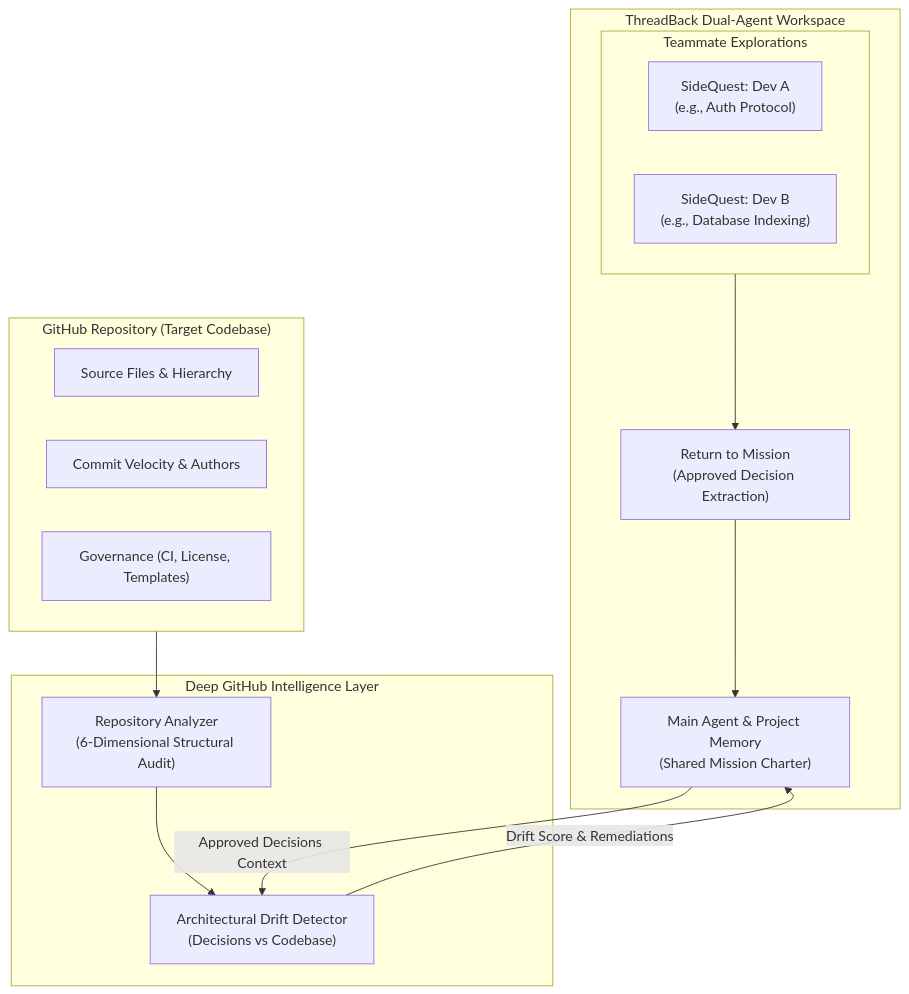
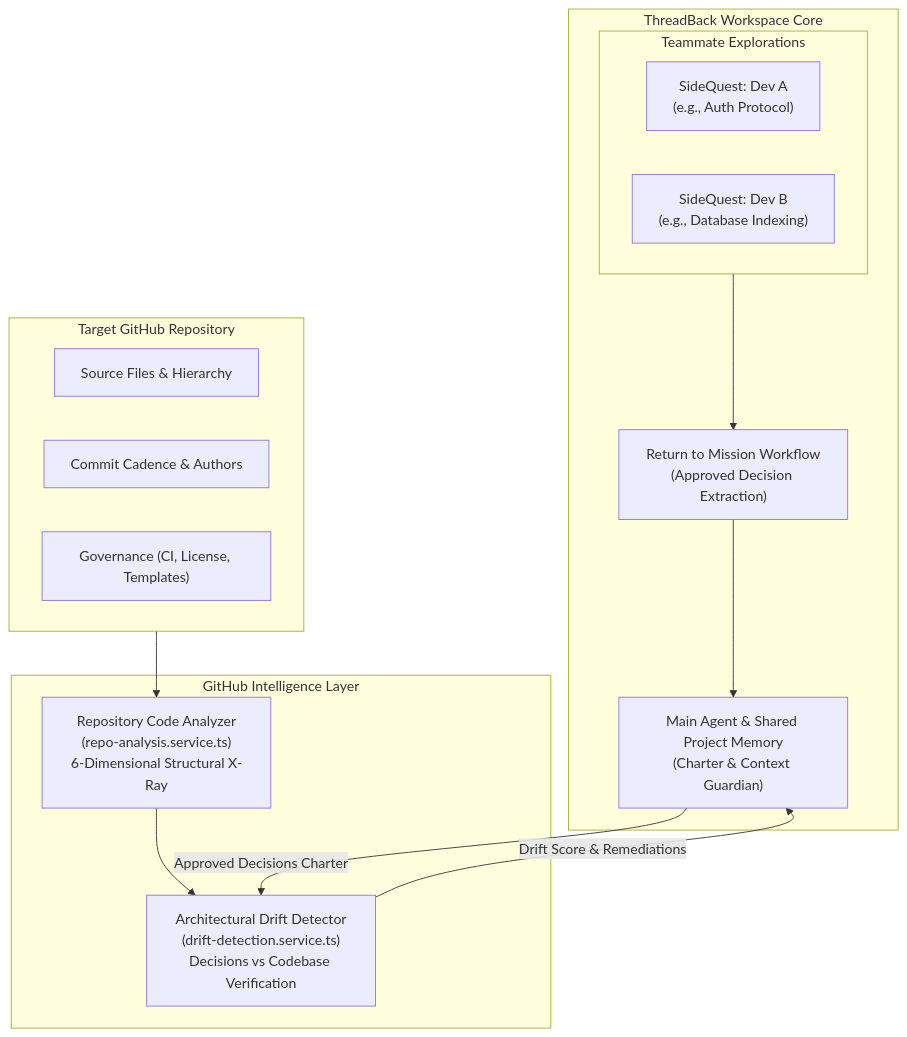
One commit to rajpurohit9535-create/ThreadBack changed the first of 2 diagrams in README.md. Above: the diagram before and after it, drawn with Mermaid. The commit also changed other lines of this file, not shown here.

Commit message:
docs: detail Repository Code Analyzer pipeline and 6-dimensional inspection in README

````diff
--- a/README.md
+++ b/README.md
@@ -29,29 +29,29 @@
 ```mermaid
 flowchart TD
-    subgraph GitHubRepo ["GitHub Repository (Target Codebase)"]
+    subgraph GitHubRepo ["Target GitHub Repository"]
         RepoCode["Source Files & Hierarchy"]
-        RepoCommits["Commit Velocity & Authors"]
+        RepoCommits["Commit Cadence & Authors"]
         RepoGov["Governance (CI, License, Templates)"]
     end
 
-    subgraph GitHubIntelligence ["Deep GitHub Intelligence Layer"]
-        Analyzer["Repository Analyzer\n(6-Dimensional Structural Audit)"]
-        DriftDetector["Architectural Drift Detector\n(Decisions vs Codebase)"]
+    subgraph GitHubIntelligence ["GitHub Intelligence Layer"]
+        Analyzer["Repository Code Analyzer\n(repo-analysis.service.ts)\n6-Dimensional Structural X-Ray"]
+        DriftDetector["Architectural Drift Detector\n(drift-detection.service.ts)\nDecisions vs Codebase Verification"]
     end
 
-    subgraph ThreadBackCore ["ThreadBack Dual-Agent Workspace"]
+    subgraph ThreadBackCore ["ThreadBack Workspace Core"]
         subgraph SideQuests ["Teammate Explorations"]
             SQ1["SideQuest: Dev A\n(e.g., Auth Protocol)"]
             SQ2["SideQuest: Dev B\n(e.g., Database Indexing)"]
         end
-        ReturnFlow["Return to Mission\n(Approved Decision Extraction)"]
-        MainAI["Main Agent & Project Memory\n(Shared Mission Charter)"]
+        ReturnFlow["Return to Mission Workflow\n(Approved Decision Extraction)"]
+        MainAI["Main Agent & Shared Project Memory\n(Charter & Context Guardian)"]
     end
 
     GitHubRepo --> Analyzer
     Analyzer --> DriftDetector
     SideQuests --> ReturnFlow
     ReturnFlow --> MainAI
-    MainAI -->|"Approved Decisions Context"| DriftDetector
+    MainAI -->|"Approved Decisions Charter"| DriftDetector
     DriftDetector -->|"Drift Score & Remediations"| MainAI
 ```
````
